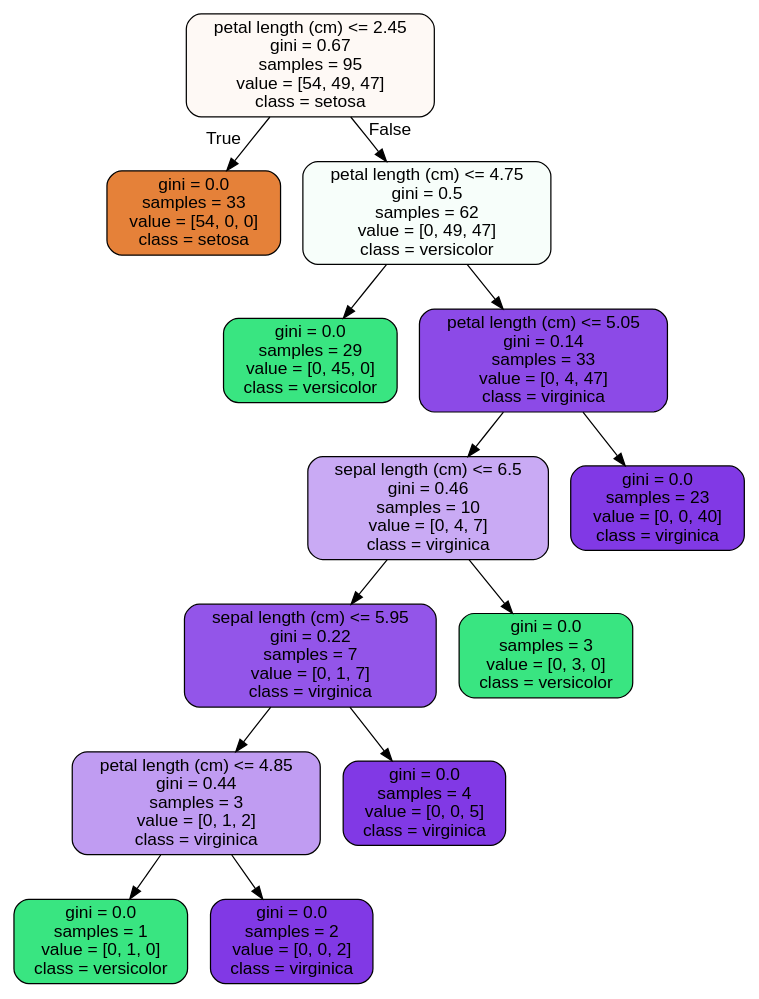
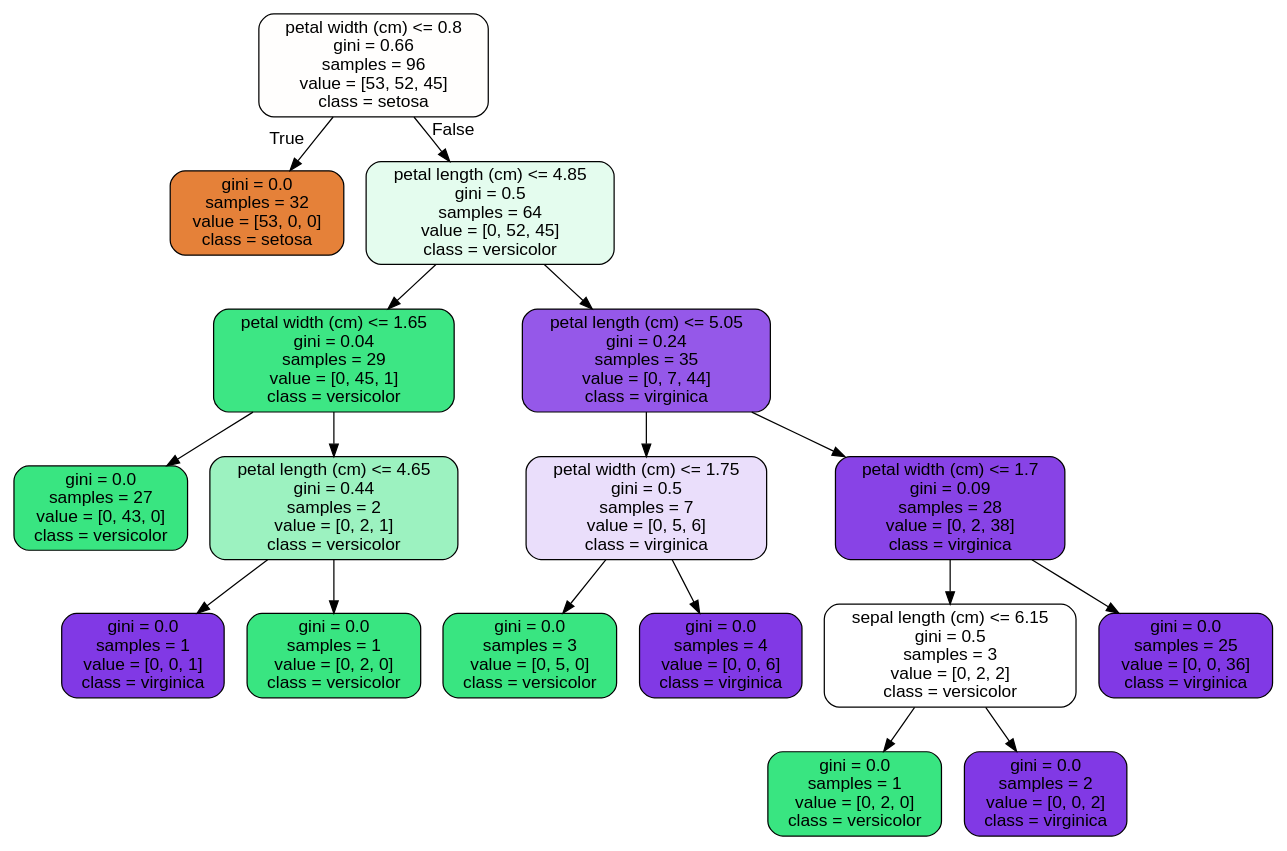
The diagram in 1593492590_RandomForest_Covid_Case_Study_06302020/tree.dot (mrpalazz/Random-Forest-COVID-Case-Study), drawn with Graphviz before and after one commit. The commit also changed 3 other files, not shown here.

```diff
--- a/1593492590_RandomForest_Covid_Case_Study_06302020/tree.dot
+++ b/1593492590_RandomForest_Covid_Case_Study_06302020/tree.dot
@@ -1,29 +1,37 @@
 digraph Tree {
 node [shape=box, style="filled, rounded", color="black", fontname=helvetica] ;
 edge [fontname=helvetica] ;
-0 [label="petal length (cm) <= 2.45\ngini = 0.67\nsamples = 95\nvalue = [54, 49, 47]\nclass = setosa", fillcolor="#fef9f5"] ;
-1 [label="gini = 0.0\nsamples = 33\nvalue = [54, 0, 0]\nclass = setosa", fillcolor="#e58139"] ;
+0 [label="petal width (cm) <= 0.8\ngini = 0.66\nsamples = 96\nvalue = [53, 52, 45]\nclass = setosa", fillcolor="#fffefd"] ;
+1 [label="gini = 0.0\nsamples = 32\nvalue = [53, 0, 0]\nclass = setosa", fillcolor="#e58139"] ;
 0 -> 1 [labeldistance=2.5, labelangle=45, headlabel="True"] ;
-2 [label="petal length (cm) <= 4.75\ngini = 0.5\nsamples = 62\nvalue = [0, 49, 47]\nclass = versicolor", fillcolor="#f7fefa"] ;
+2 [label="petal length (cm) <= 4.85\ngini = 0.5\nsamples = 64\nvalue = [0, 52, 45]\nclass = versicolor", fillcolor="#e4fcee"] ;
 0 -> 2 [labeldistance=2.5, labelangle=-45, headlabel="False"] ;
-3 [label="gini = 0.0\nsamples = 29\nvalue = [0, 45, 0]\nclass = versicolor", fillcolor="#39e581"] ;
+3 [label="petal width (cm) <= 1.65\ngini = 0.04\nsamples = 29\nvalue = [0, 45, 1]\nclass = versicolor", fillcolor="#3de684"] ;
 2 -> 3 ;
-4 [label="petal length (cm) <= 5.05\ngini = 0.14\nsamples = 33\nvalue = [0, 4, 47]\nclass = virginica", fillcolor="#8c4ae7"] ;
-2 -> 4 ;
-5 [label="sepal length (cm) <= 6.5\ngini = 0.46\nsamples = 10\nvalue = [0, 4, 7]\nclass = virginica", fillcolor="#c9aaf4"] ;
-4 -> 5 ;
-6 [label="sepal length (cm) <= 5.95\ngini = 0.22\nsamples = 7\nvalue = [0, 1, 7]\nclass = virginica", fillcolor="#9355e9"] ;
+4 [label="gini = 0.0\nsamples = 27\nvalue = [0, 43, 0]\nclass = versicolor", fillcolor="#39e581"] ;
+3 -> 4 ;
+5 [label="petal length (cm) <= 4.65\ngini = 0.44\nsamples = 2\nvalue = [0, 2, 1]\nclass = versicolor", fillcolor="#9cf2c0"] ;
+3 -> 5 ;
+6 [label="gini = 0.0\nsamples = 1\nvalue = [0, 0, 1]\nclass = virginica", fillcolor="#8139e5"] ;
 5 -> 6 ;
-7 [label="petal length (cm) <= 4.85\ngini = 0.44\nsamples = 3\nvalue = [0, 1, 2]\nclass = virginica", fillcolor="#c09cf2"] ;
-6 -> 7 ;
-8 [label="gini = 0.0\nsamples = 1\nvalue = [0, 1, 0]\nclass = versicolor", fillcolor="#39e581"] ;
-7 -> 8 ;
-9 [label="gini = 0.0\nsamples = 2\nvalue = [0, 0, 2]\nclass = virginica", fillcolor="#8139e5"] ;
-7 -> 9 ;
-10 [label="gini = 0.0\nsamples = 4\nvalue = [0, 0, 5]\nclass = virginica", fillcolor="#8139e5"] ;
-6 -> 10 ;
-11 [label="gini = 0.0\nsamples = 3\nvalue = [0, 3, 0]\nclass = versicolor", fillcolor="#39e581"] ;
-5 -> 11 ;
-12 [label="gini = 0.0\nsamples = 23\nvalue = [0, 0, 40]\nclass = virginica", fillcolor="#8139e5"] ;
-4 -> 12 ;
+7 [label="gini = 0.0\nsamples = 1\nvalue = [0, 2, 0]\nclass = versicolor", fillcolor="#39e581"] ;
+5 -> 7 ;
+8 [label="petal length (cm) <= 5.05\ngini = 0.24\nsamples = 35\nvalue = [0, 7, 44]\nclass = virginica", fillcolor="#9558e9"] ;
+2 -> 8 ;
+9 [label="petal width (cm) <= 1.75\ngini = 0.5\nsamples = 7\nvalue = [0, 5, 6]\nclass = virginica", fillcolor="#eadefb"] ;
+8 -> 9 ;
+10 [label="gini = 0.0\nsamples = 3\nvalue = [0, 5, 0]\nclass = versicolor", fillcolor="#39e581"] ;
+9 -> 10 ;
+11 [label="gini = 0.0\nsamples = 4\nvalue = [0, 0, 6]\nclass = virginica", fillcolor="#8139e5"] ;
+9 -> 11 ;
+12 [label="petal width (cm) <= 1.7\ngini = 0.09\nsamples = 28\nvalue = [0, 2, 38]\nclass = virginica", fillcolor="#8843e6"] ;
+8 -> 12 ;
+13 [label="sepal length (cm) <= 6.15\ngini = 0.5\nsamples = 3\nvalue = [0, 2, 2]\nclass = versicolor", fillcolor="#ffffff"] ;
+12 -> 13 ;
+14 [label="gini = 0.0\nsamples = 1\nvalue = [0, 2, 0]\nclass = versicolor", fillcolor="#39e581"] ;
+13 -> 14 ;
+15 [label="gini = 0.0\nsamples = 2\nvalue = [0, 0, 2]\nclass = virginica", fillcolor="#8139e5"] ;
+13 -> 15 ;
+16 [label="gini = 0.0\nsamples = 25\nvalue = [0, 0, 36]\nclass = virginica", fillcolor="#8139e5"] ;
+12 -> 16 ;
 }
```
